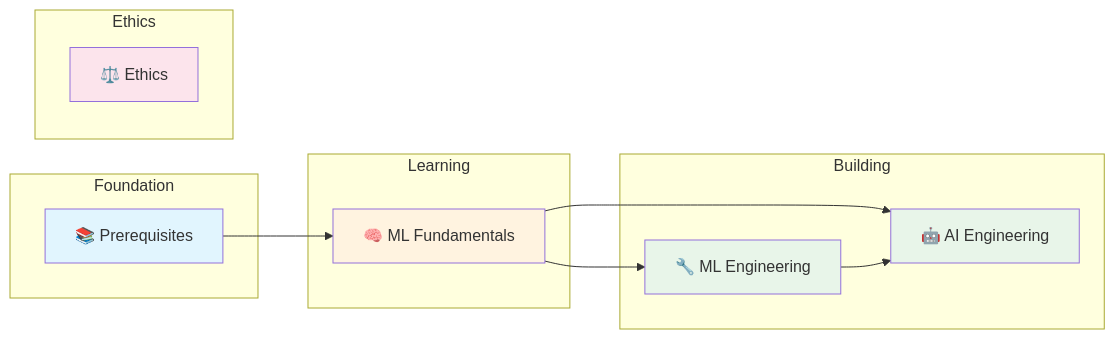
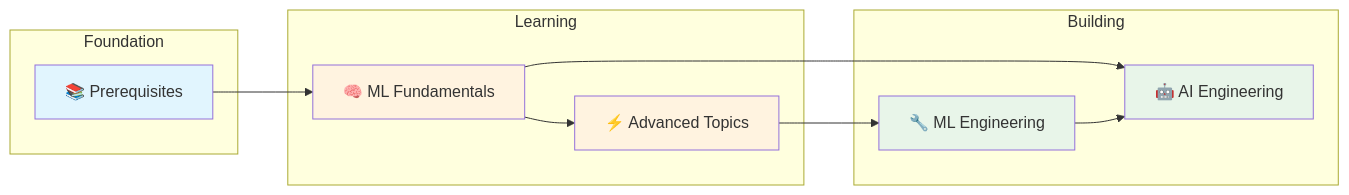
Before and after one commit to bhardwajRahul/essential-ml-roadmap: the diagram in README.md, drawn with Mermaid. The commit also changed other lines of this file and 6 other files, not shown here.

````diff
--- a/README.md
+++ b/README.md
@@ -22,30 +22,28 @@
 ```mermaid
 graph LR
     subgraph Foundation
         PREREQ[📚 Prerequisites]
     end
 
     subgraph Learning
-        ML[🧠 ML Fundamentals]
+        MLF[🧠 ML Fundamentals]
+        ADV[⚡ Advanced Topics]
     end
 
     subgraph Building
         AIE[🤖 AI Engineering]
         MLE[🔧 ML Engineering]
     end
 
-    subgraph Ethics
-        ETH[⚖️ Ethics]
-    end
-
-    PREREQ --> ML
-    ML --> AIE
-    ML --> MLE
+    PREREQ --> MLF
+    MLF --> ADV
+    MLF --> AIE
+    ADV --> MLE
     MLE --> AIE
 
     style PREREQ fill:#e1f5fe
-    style ML fill:#fff3e0
+    style MLF fill:#fff3e0
+    style ADV fill:#fff3e0
     style AIE fill:#e8f5e9
     style MLE fill:#e8f5e9
-    style ETH fill:#fce4ec
 ```
````
